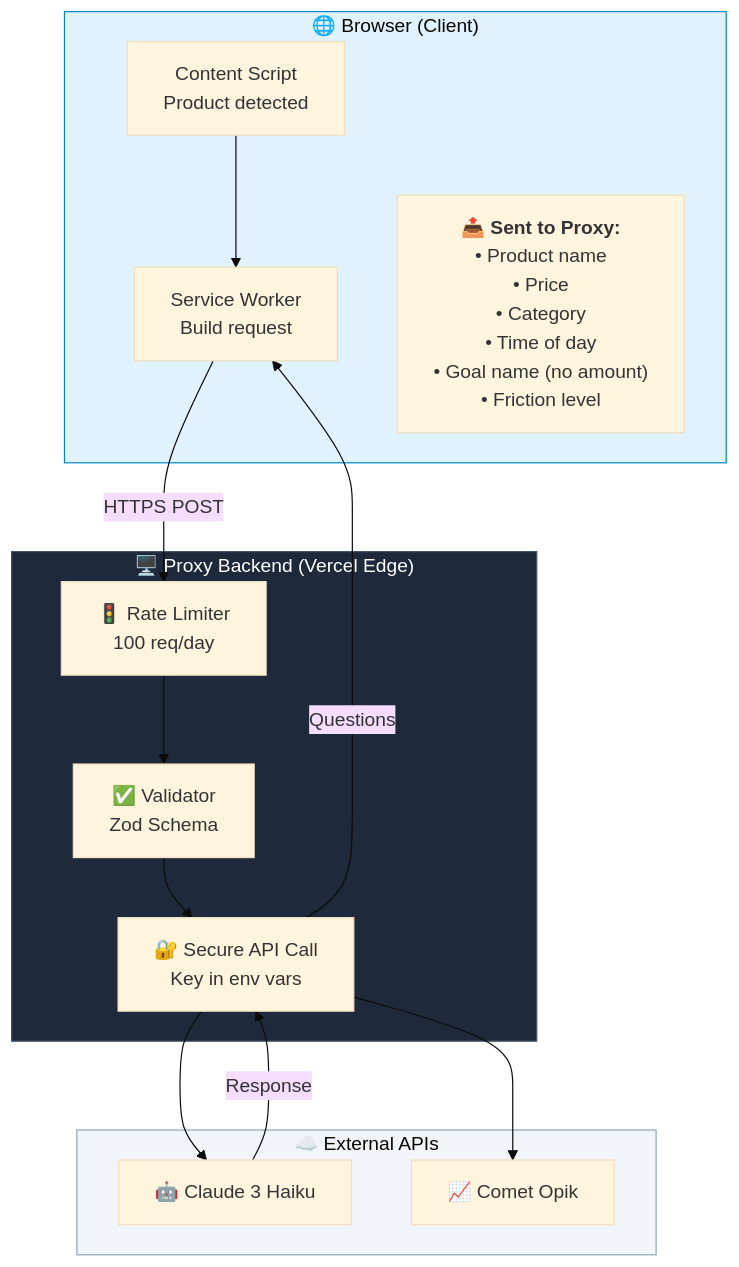
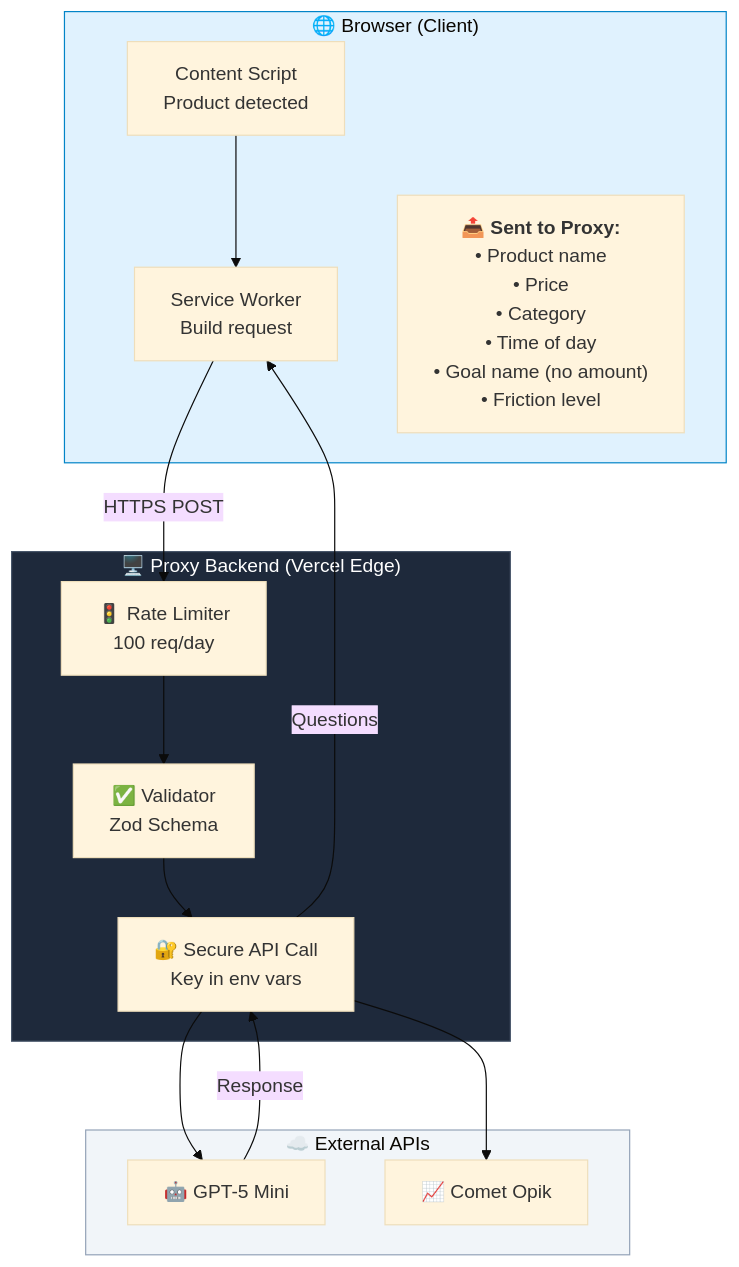
The sixth of 12 diagrams in docs/PauseBuy_Technical_Architecture.md (cnu/PauseBuy), drawn with Mermaid (base theme) before and after one commit. The commit also changed other lines of this file and 8 other files, not shown here.

First line of the commit message:
refactor: switch from Claude Haiku to OpenAI GPT-5 Mini

````diff
--- a/docs/PauseBuy_Technical_Architecture.md
+++ b/docs/PauseBuy_Technical_Architecture.md
@@ -384,35 +384,35 @@
 ```mermaid
 flowchart TB
     subgraph Client["🌐 Browser (Client)"]
         CS["Content Script<br/>Product detected"]
         SW["Service Worker<br/>Build request"]
         
         CS --> SW
         
         Sent["📤 <b>Sent to Proxy:</b><br/>• Product name<br/>• Price<br/>• Category<br/>• Time of day<br/>• Goal name (no amount)<br/>• Friction level"]
     end
     
     subgraph Server["🖥️ Proxy Backend (Vercel Edge)"]
         RL["🚦 Rate Limiter<br/>100 req/day"]
         Val["✅ Validator<br/>Zod Schema"]
         API["🔐 Secure API Call<br/>Key in env vars"]
         
         RL --> Val
         Val --> API
     end
     
     subgraph External["☁️ External APIs"]
-        Claude["🤖 Claude 3 Haiku"]
+        OpenAI["🤖 GPT-5 Mini"]
         Opik["📈 Comet Opik"]
     end
     
     SW -->|"HTTPS POST"| RL
-    API --> Claude
+    API --> OpenAI
     API --> Opik
-    Claude -->|Response| API
+    OpenAI -->|Response| API
     API -->|Questions| SW
 
     style Client fill:#e0f2fe,stroke:#0284c7
     style Server fill:#1e293b,stroke:#475569,color:#fff
     style External fill:#f1f5f9,stroke:#94a3b8
 ```
````
